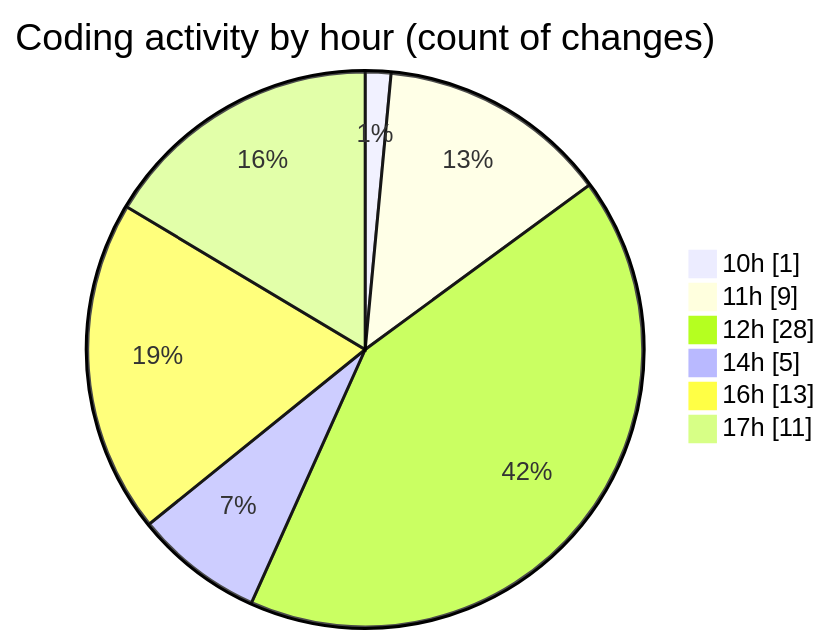
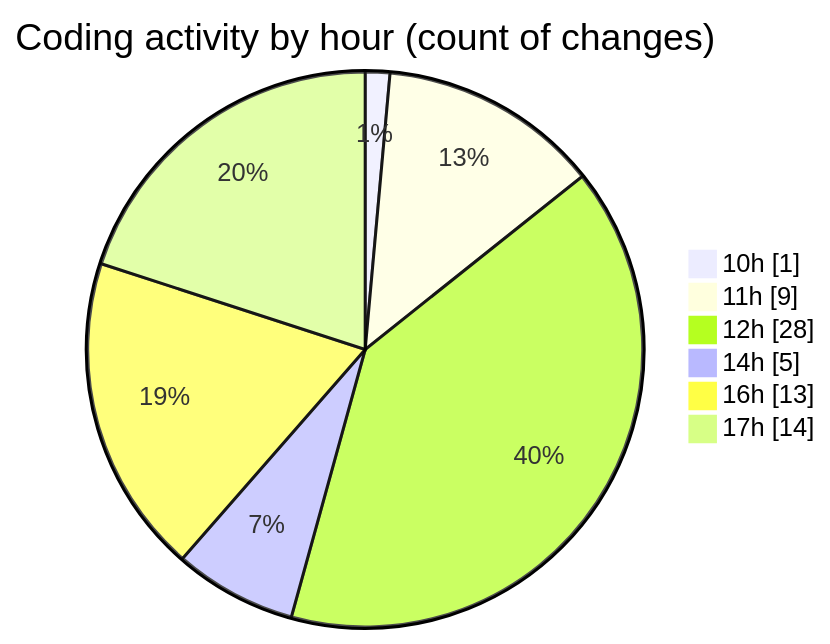
Before and after one commit to nxtqubesakshisongat/code-tracking: the second of 2 diagrams in 2025-07-10/argos/README.md, drawn with Mermaid. The commit also changed other lines of this file and 1 other file, not shown here.

````diff
--- a/2025-07-10/argos/README.md
+++ b/2025-07-10/argos/README.md
@@ -34,10 +34,10 @@
 ```mermaid
 pie showData
 title Coding activity by hour (count of changes)
 "10h" : 1
 "11h" : 9
 "12h" : 28
 "14h" : 5
 "16h" : 13
-"17h" : 11
+"17h" : 14
 ```
````
